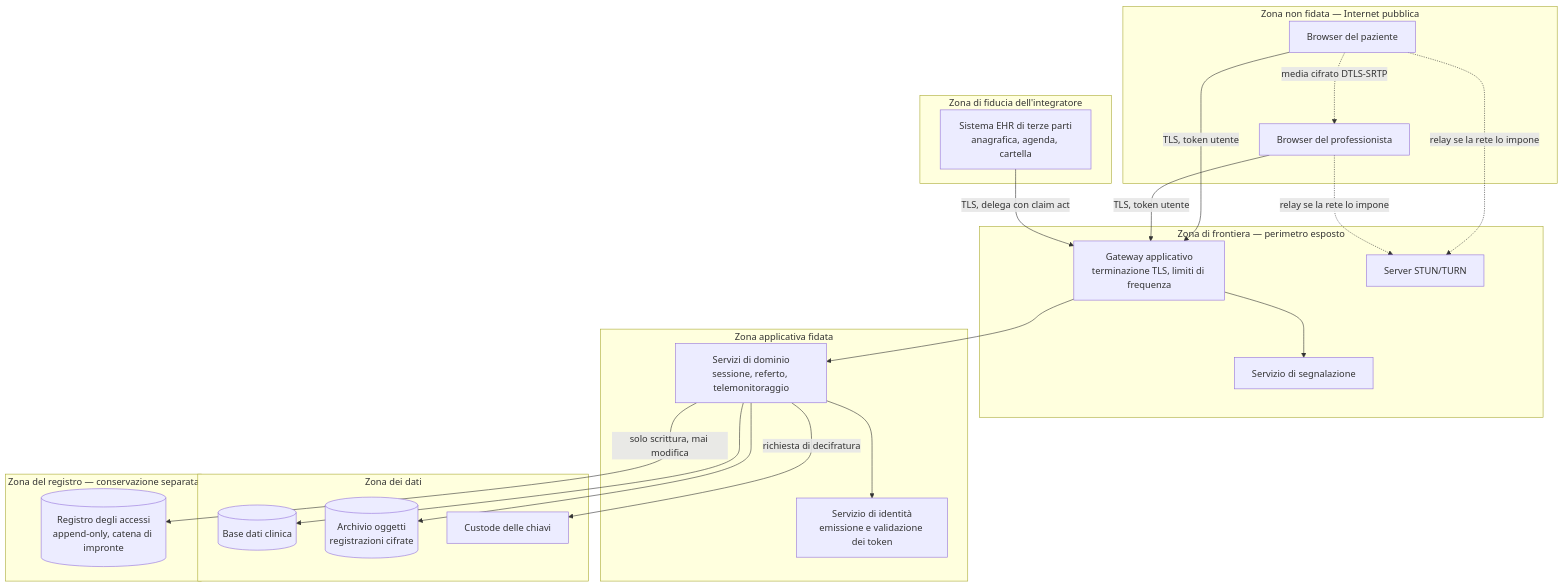
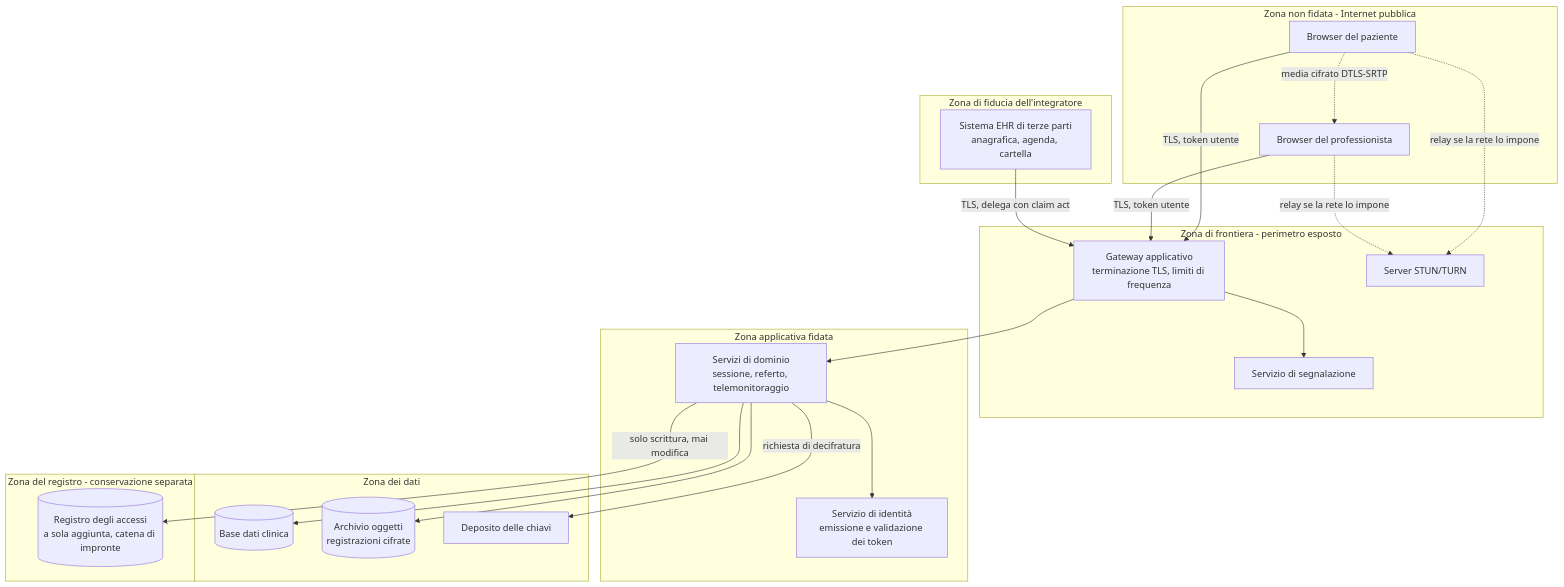
The first of 5 diagrams in docs/10_fondamenti/12-crittografia-e-sicurezza.md (fedcal/Telemedic), drawn with Mermaid before and after one commit. The commit also changed other lines of this file and 301 other files, not shown here.

````diff
--- a/docs/10_fondamenti/12-crittografia-e-sicurezza.md
+++ b/docs/10_fondamenti/12-crittografia-e-sicurezza.md
@@ -512,46 +512,46 @@
 ```mermaid
 flowchart TB
-    subgraph EXT["Zona non fidata — Internet pubblica"]
+    subgraph EXT["Zona non fidata - Internet pubblica"]
         PZ["Browser del paziente"]
         PR["Browser del professionista"]
     end
 
     subgraph PART["Zona di fiducia dell'integratore"]
         EHR["Sistema EHR di terze parti<br/>anagrafica, agenda, cartella"]
     end
 
-    subgraph EDGE["Zona di frontiera — perimetro esposto"]
+    subgraph EDGE["Zona di frontiera - perimetro esposto"]
         GW["Gateway applicativo<br/>terminazione TLS, limiti di frequenza"]
         SIG["Servizio di segnalazione"]
         TURN["Server STUN/TURN"]
     end
 
     subgraph CORE["Zona applicativa fidata"]
         APP["Servizi di dominio<br/>sessione, referto, telemonitoraggio"]
         IAM["Servizio di identità<br/>emissione e validazione dei token"]
     end
 
     subgraph DATA["Zona dei dati"]
         DB[("Base dati clinica")]
         OBJ[("Archivio oggetti<br/>registrazioni cifrate")]
-        KMS["Custode delle chiavi"]
+        KMS["Deposito delle chiavi"]
     end
 
-    subgraph AUDIT["Zona del registro — conservazione separata"]
-        LOG[("Registro degli accessi<br/>append-only, catena di impronte")]
+    subgraph AUDIT["Zona del registro - conservazione separata"]
+        LOG[("Registro degli accessi<br/>a sola aggiunta, catena di impronte")]
     end
 
     PZ -- "TLS, token utente" --> GW
     PR -- "TLS, token utente" --> GW
     EHR -- "TLS, delega con claim act" --> GW
     GW --> SIG
     GW --> APP
     APP --> IAM
     APP --> DB
     APP --> OBJ
     APP -- "richiesta di decifratura" --> KMS
     APP -- "solo scrittura, mai modifica" --> LOG
     PZ -. "media cifrato DTLS-SRTP" .-> PR
     PZ -. "relay se la rete lo impone" .-> TURN
     PR -. "relay se la rete lo impone" .-> TURN
 ```
````
